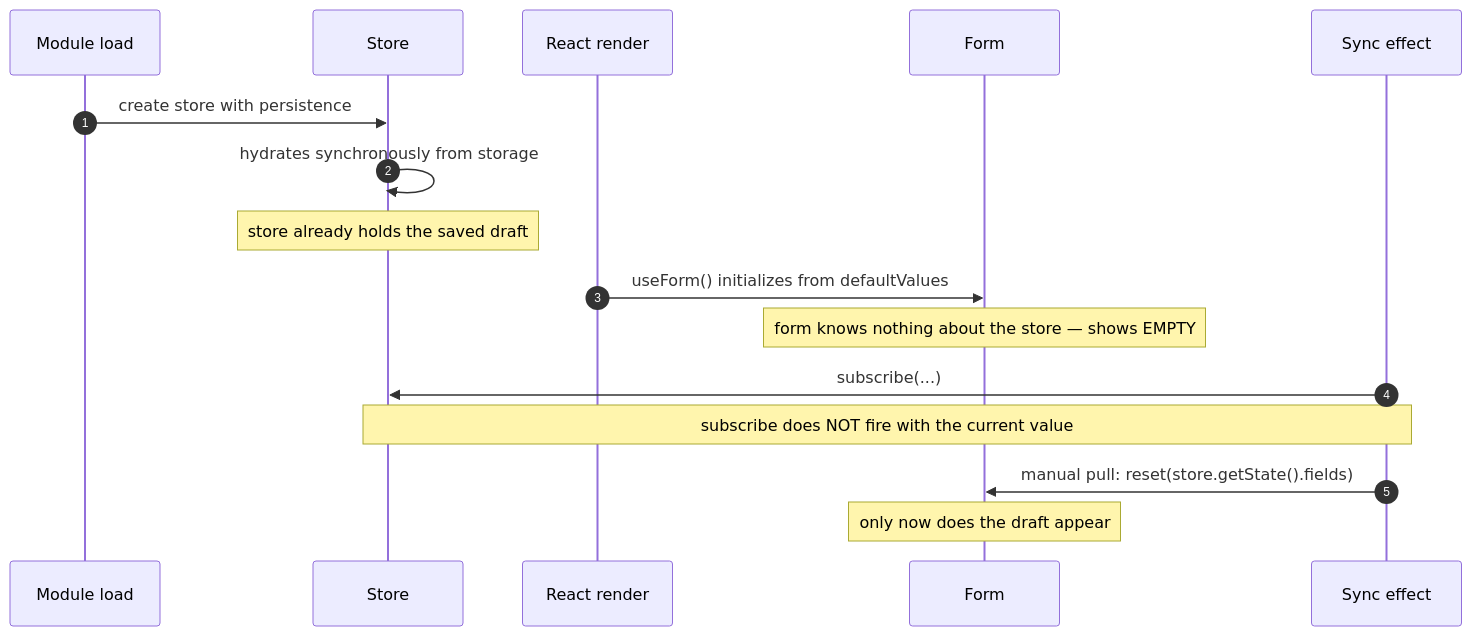
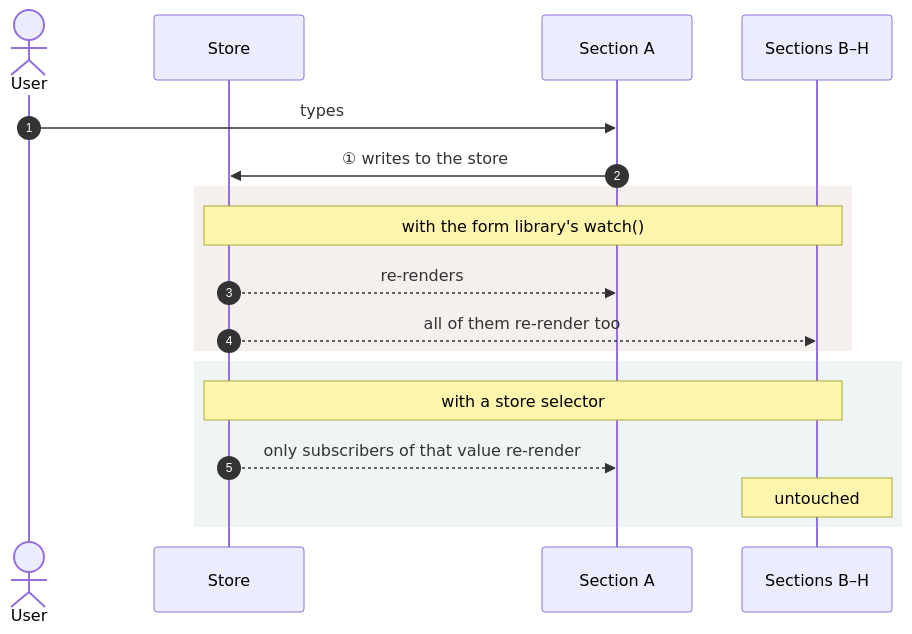
The fourth of 6 diagrams in README.md (jadecubes/multi-party-state-sync), drawn with Mermaid before and after one commit. The commit also changed other lines of this file, not shown here.

First line of the commit message:
docs: lead with the scenarios, not the mechanism

````diff
--- a/README.md
+++ b/README.md
@@ -155,19 +149,23 @@
 ```mermaid
 sequenceDiagram
     autonumber
-    participant M as Module load
+    actor U as User
     participant S as Store
-    participant R as React render
-    participant F as Form
-    participant E as Sync effect
+    participant A as Section A
+    participant B as Sections B–H
 
-    M->>S: create store with persistence
-    S->>S: hydrates synchronously from storage
-    Note over S: store already holds the saved draft
-    R->>F: useForm() initializes from defaultValues
-    Note over F: form knows nothing about the store — shows EMPTY
-    E->>S: subscribe(...)
-    Note over E,S: subscribe does NOT fire with the current value
-    E->>F: manual pull: reset(store.getState().fields)
-    Note over F: only now does the draft appear
+    U->>A: types
+    A->>S: ① writes to the store
+
+    rect rgb(245,240,238)
+    Note over S,B: with the form library's watch()
+    S-->>A: re-renders
+    S-->>B: all of them re-render too
+    end
+
+    rect rgb(238,245,244)
+    Note over S,B: with a store selector
+    S-->>A: only subscribers of that value re-render
+    Note over B: untouched
+    end
 ```
````
